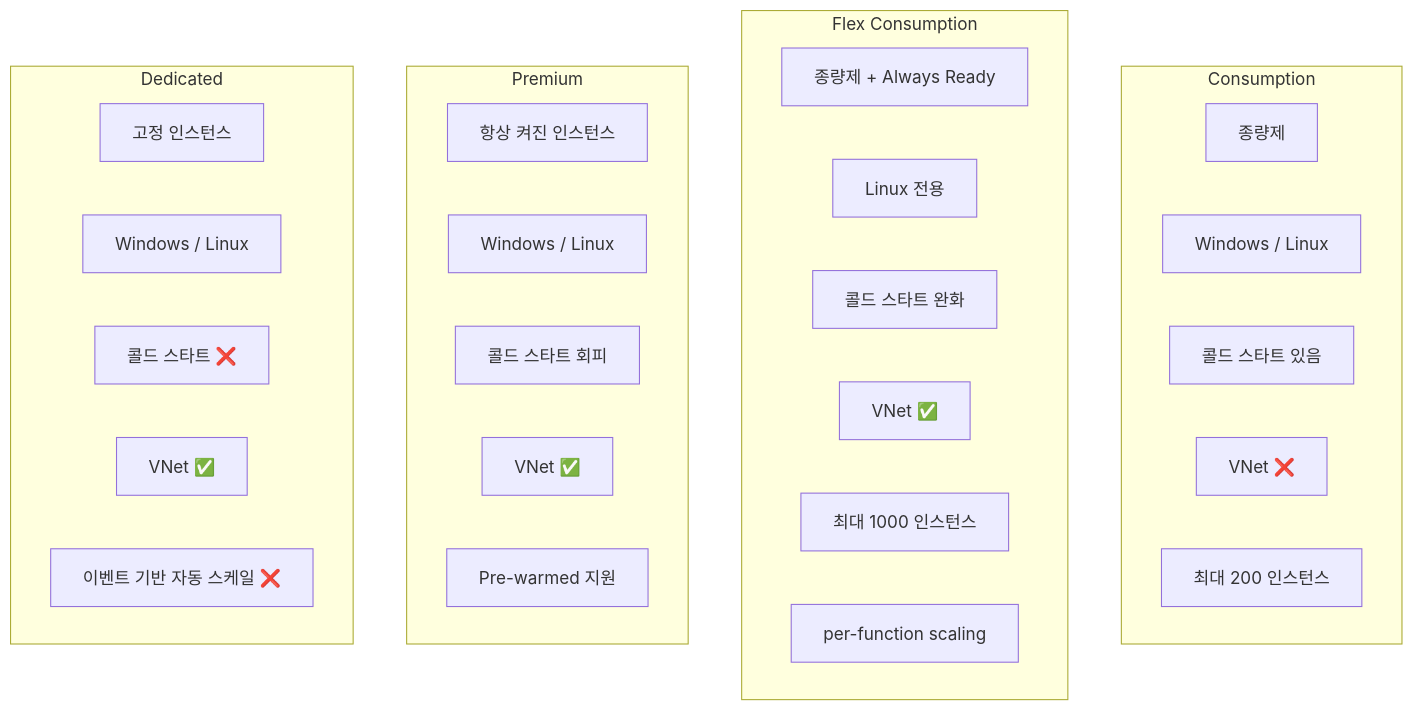
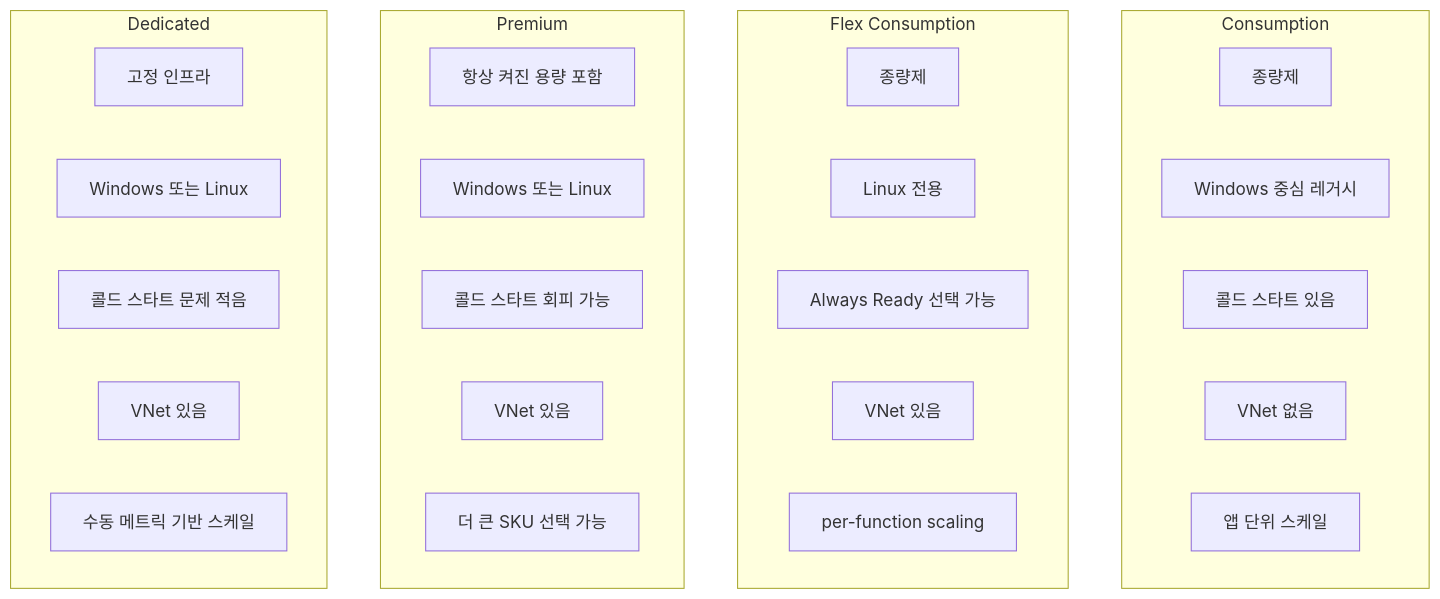
The first of 2 diagrams in azure-functions-101/ko/05-choosing-a-plan.md (yeongseon-books/book-content), drawn with Mermaid before and after one commit. The commit also changed other lines of this file and 42 other files, not shown here.

First line of the commit message:
fix: 오라클 리뷰 반영 — Functions 101/Deep Dive 사실관계·톤·다이어그램 정리, App Service 101 ko/en 재구조화

````diff
--- a/azure-functions-101/ko/05-choosing-a-plan.md
+++ b/azure-functions-101/ko/05-choosing-a-plan.md
@@ -28,32 +28,31 @@
 ```mermaid
 flowchart TB
     subgraph Cons [Consumption]
         C1[종량제]
-        C2[Windows / Linux]
+        C2[Windows 중심 레거시]
         C3[콜드 스타트 있음]
-        C4[VNet ❌]
-        C5[최대 200 인스턴스]
+        C4[VNet 없음]
+        C5[앱 단위 스케일]
     end
     subgraph Flex [Flex Consumption]
-        F1[종량제 + Always Ready]
+        F1[종량제]
         F2[Linux 전용]
-        F3[콜드 스타트 완화]
-        F4[VNet ✅]
-        F5[최대 1000 인스턴스]
-        F6[per-function scaling]
+        F3[Always Ready 선택 가능]
+        F4[VNet 있음]
+        F5[per-function scaling]
     end
     subgraph Prem [Premium]
-        P1[항상 켜진 인스턴스]
-        P2[Windows / Linux]
-        P3[콜드 스타트 회피]
-        P4[VNet ✅]
-        P5[Pre-warmed 지원]
+        P1[항상 켜진 용량 포함]
+        P2[Windows 또는 Linux]
+        P3[콜드 스타트 회피 가능]
+        P4[VNet 있음]
+        P5[더 큰 SKU 선택 가능]
     end
     subgraph Ded [Dedicated]
-        D1[고정 인스턴스]
-        D2[Windows / Linux]
-        D3[콜드 스타트 ❌]
-        D4[VNet ✅]
-        D5[이벤트 기반 자동 스케일 ❌]
+        D1[고정 인프라]
+        D2[Windows 또는 Linux]
+        D3[콜드 스타트 문제 적음]
+        D4[VNet 있음]
+        D5[수동 메트릭 기반 스케일]
     end
 ```
````
